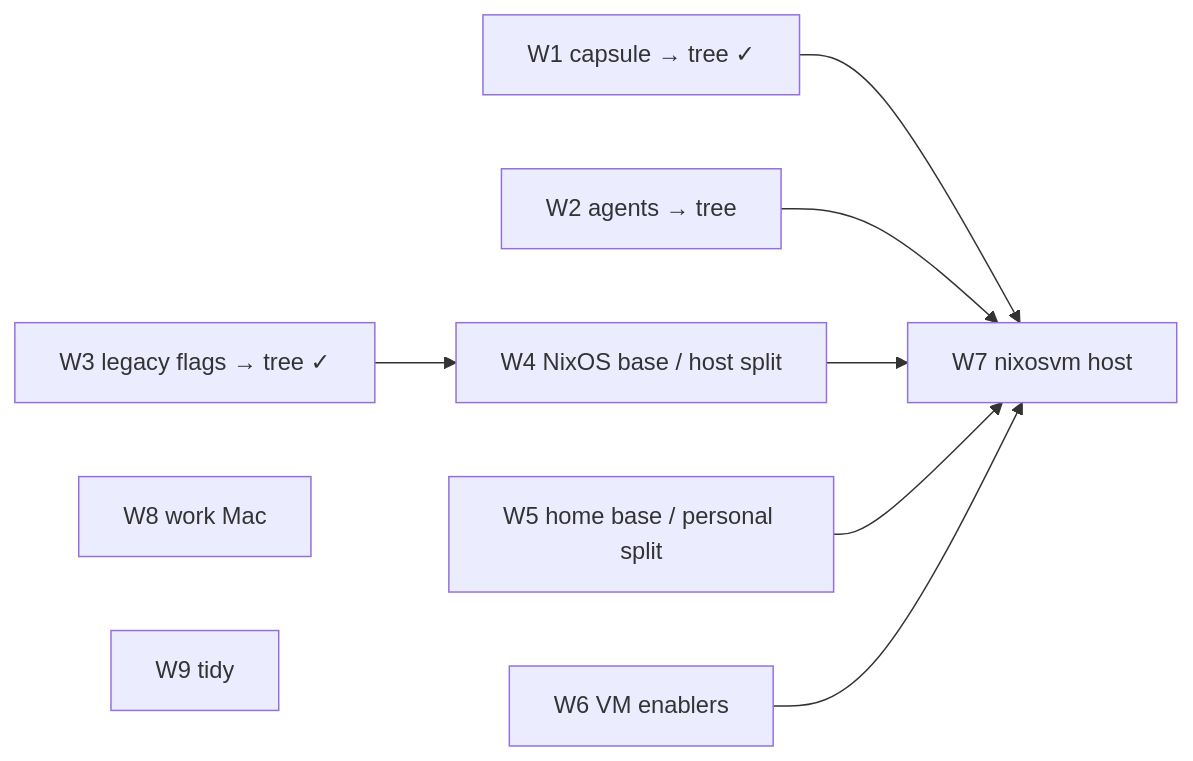
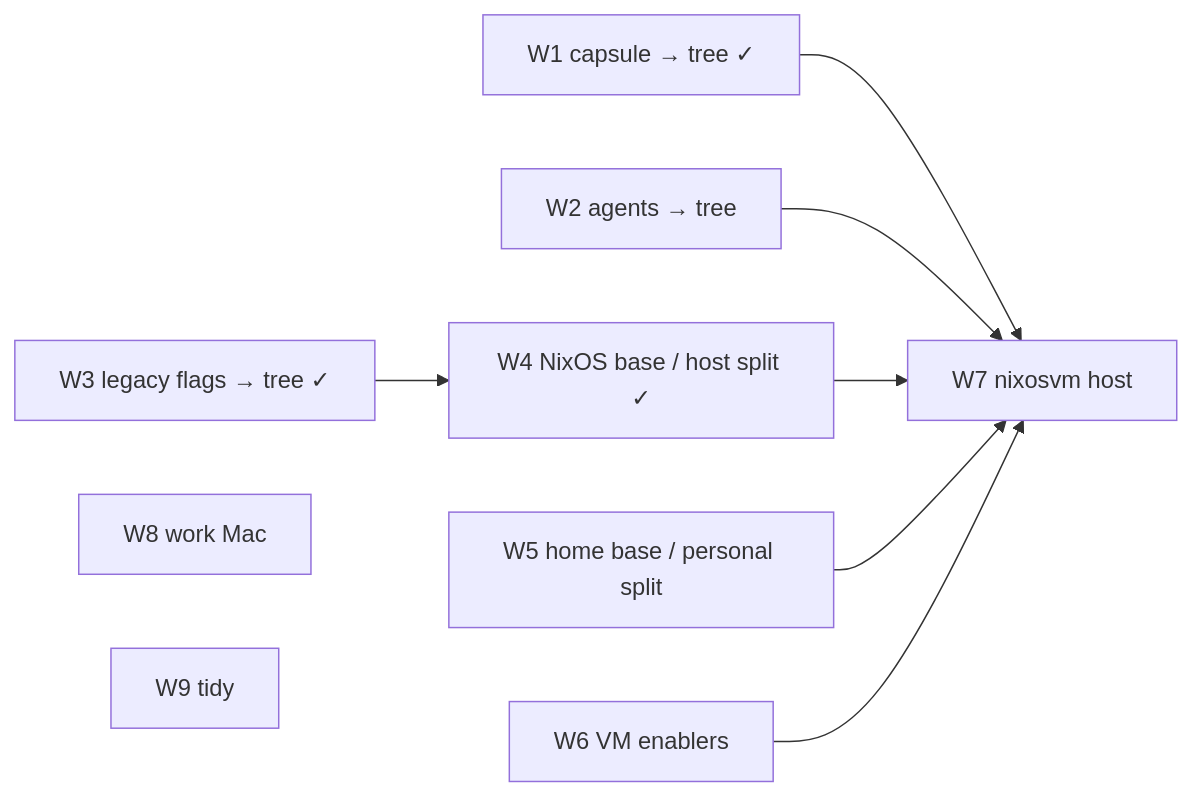
Before and after one commit to davidlee/nix-config: the diagram in flakes/.doctrine/rfc/001/rfc-001.md, drawn with Mermaid. The commit also changed other lines of this file and 5 other files, not shown here.

````diff
--- a/flakes/.doctrine/rfc/001/rfc-001.md
+++ b/flakes/.doctrine/rfc/001/rfc-001.md
@@ -137,11 +153,11 @@
 ```mermaid
 graph LR
   W1[W1 capsule → tree ✓] --> W7
   W2[W2 agents → tree] --> W7
   W3[W3 legacy flags → tree ✓] --> W4
-  W4[W4 NixOS base / host split] --> W7
+  W4[W4 NixOS base / host split ✓] --> W7
   W5[W5 home base / personal split] --> W7
   W6[W6 VM enablers] --> W7[W7 nixosvm host]
   W8[W8 work Mac]
   W9[W9 tidy]
 ```
````
